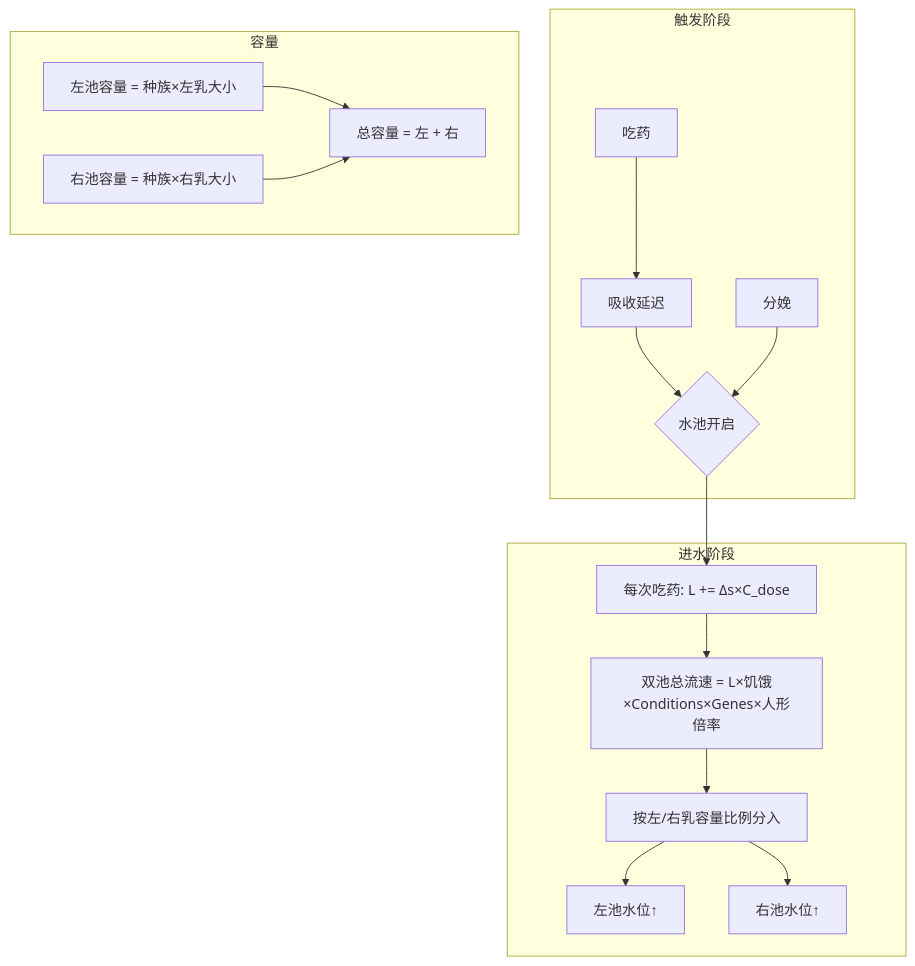
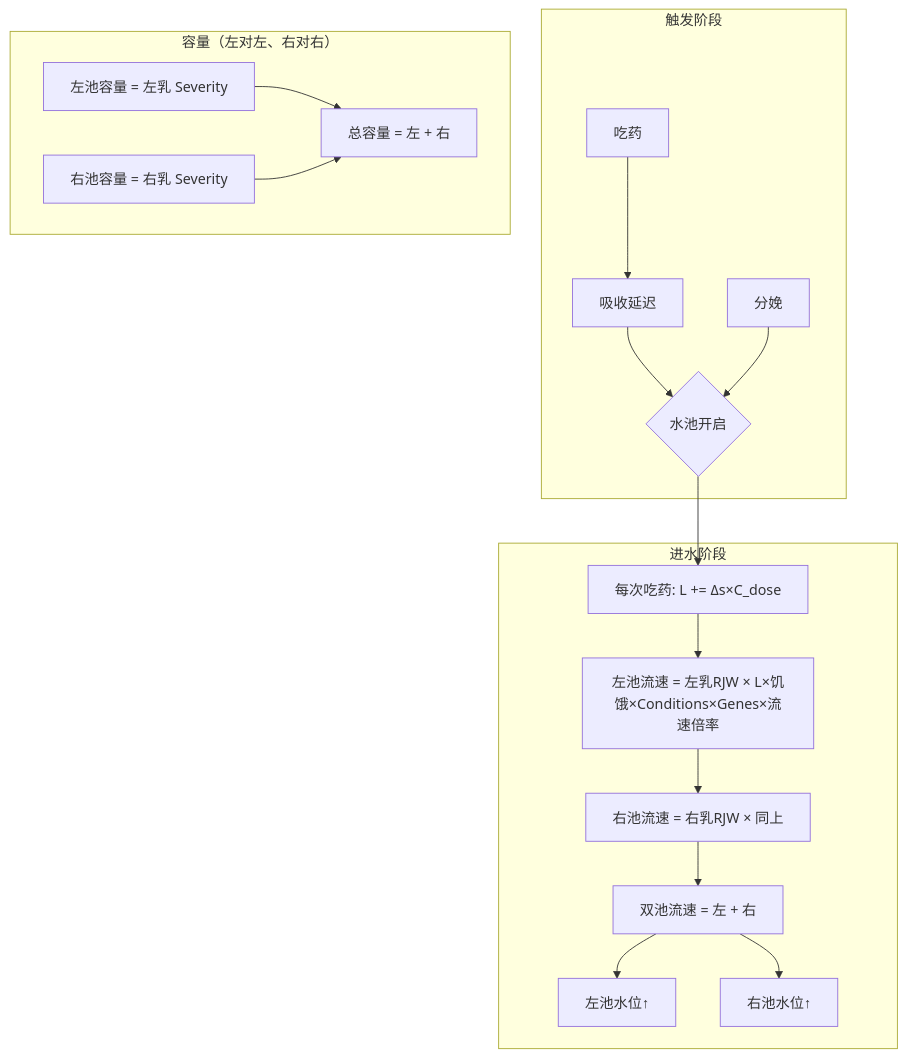
One commit to q847633684/rjw-cummilk changed the second of 6 diagrams in Docs/泌乳系统逻辑图.md. Above: the diagram before and after it, drawn with Mermaid. The commit also changed other lines of this file and 23 other files, not shown here.

````diff
--- a/Docs/泌乳系统逻辑图.md
+++ b/Docs/泌乳系统逻辑图.md
@@ -43,24 +43,25 @@
 ```mermaid
 flowchart TB
     subgraph 触发["触发阶段"]
         A[吃药] --> B[吸收延迟]
         B --> C{水池开启}
         D[分娩] --> C
     end
 
     subgraph 进水["进水阶段"]
         C --> E[每次吃药: L += Δs×C_dose]
-        E --> F[双池总流速 = L×饥饿×Conditions×Genes×人形倍率]
-        F --> G[按左/右乳容量比例分入]
-        G --> H[左池水位↑]
-        G --> R[右池水位↑]
+        E --> F[左池流速 = 左乳RJW × L×饥饿×Conditions×Genes×流速倍率]
+        F --> G[右池流速 = 右乳RJW × 同上]
+        G --> H[双池流速 = 左 + 右]
+        H --> L[左池水位↑]
+        H --> R[右池水位↑]
     end
 
-    subgraph 容量["容量"]
-        I[左池容量 = 种族×左乳大小]
-        J[右池容量 = 种族×右乳大小]
+    subgraph 容量["容量（左对左、右对右）"]
+        I[左池容量 = 左乳 Severity]
+        J[右池容量 = 右乳 Severity]
         K[总容量 = 左 + 右]
         I --> K
         J --> K
     end
 ```
````
